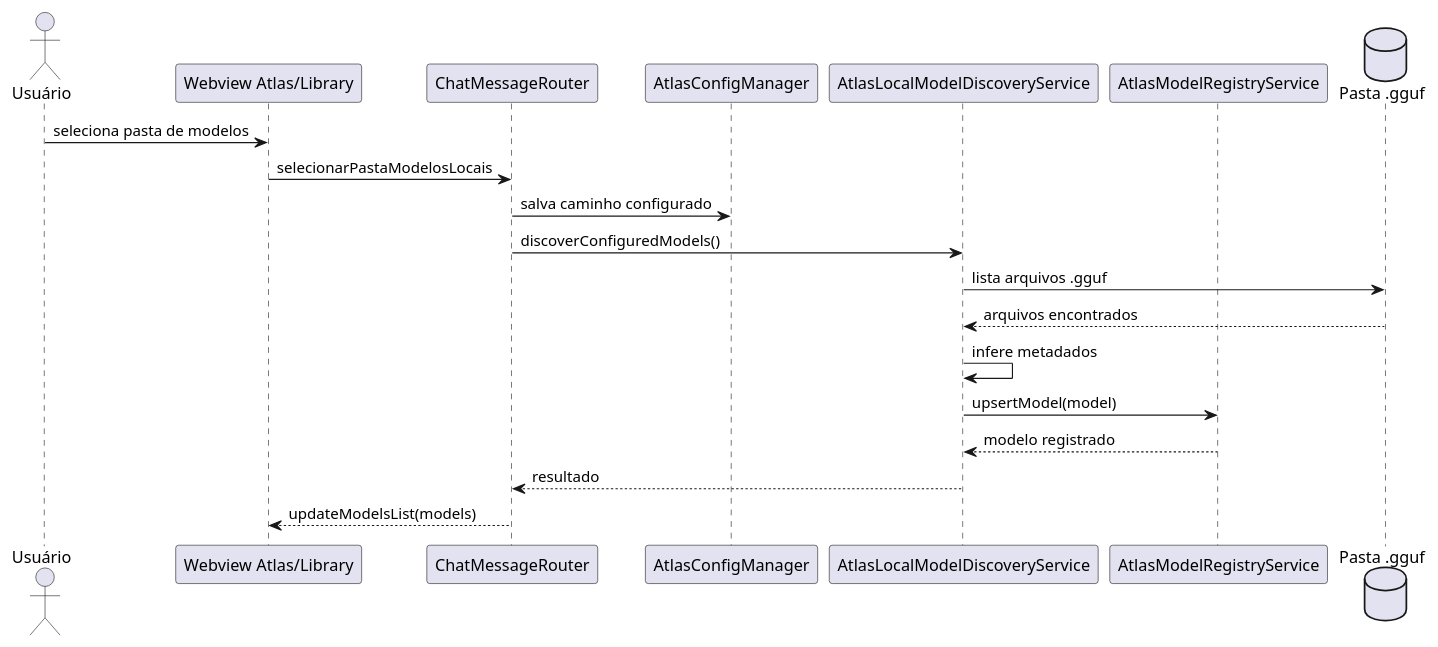
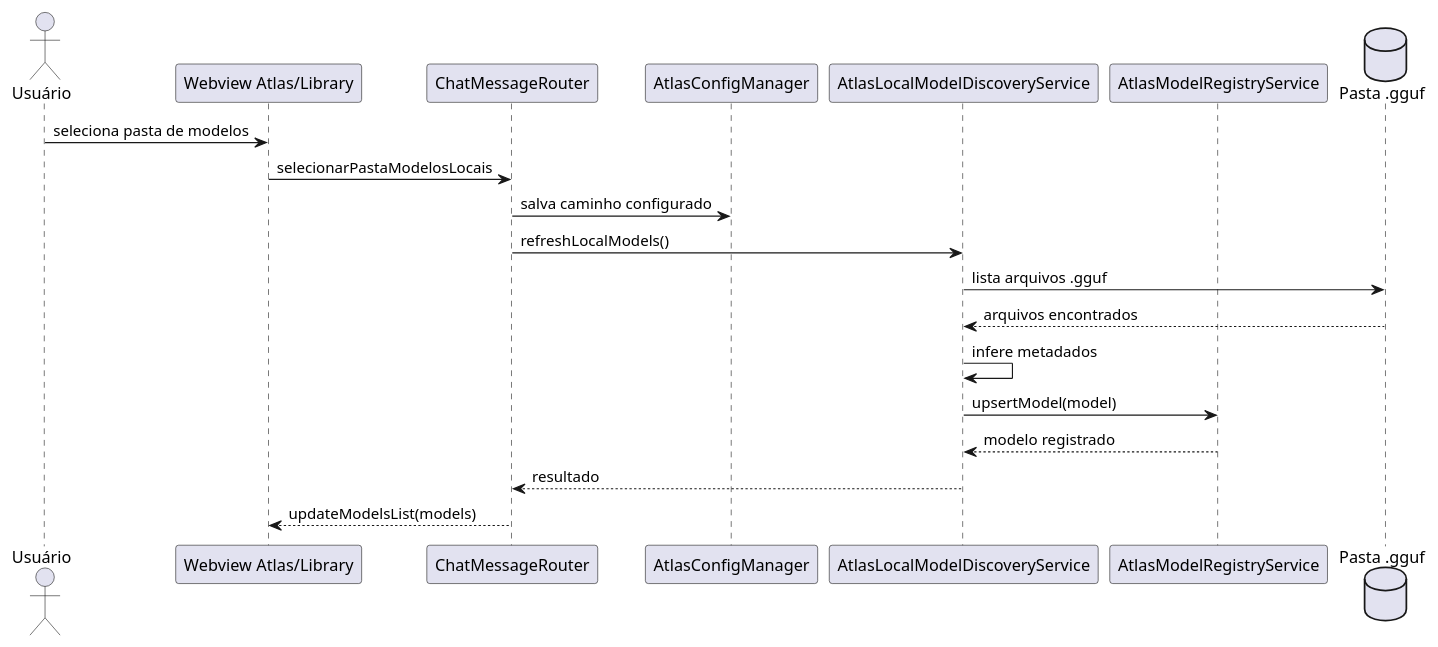
Before and after one commit to JVictorVI/ATLAS: diagram 30 of 38 in docs/plantuml-diagramas-por-caso-de-uso-atlas.md, drawn with PlantUML. The commit also changed other lines of this file and 2 other files, not shown here.

````diff
--- a/docs/plantuml-diagramas-por-caso-de-uso-atlas.md
+++ b/docs/plantuml-diagramas-por-caso-de-uso-atlas.md
@@ -903,24 +945,24 @@
 ```plantuml
 @startuml
 skinparam shadowing false
 actor Usuário
 participant "Webview Atlas/Library" as Webview
 participant ChatMessageRouter as Router
 participant AtlasConfigManager as Config
 participant AtlasLocalModelDiscoveryService as Discovery
 participant AtlasModelRegistryService as Registry
 database "Pasta .gguf" as ModelDir
 
 Usuário -> Webview : seleciona pasta de modelos
 Webview -> Router : selecionarPastaModelosLocais
 Router -> Config : salva caminho configurado
-Router -> Discovery : discoverConfiguredModels()
+Router -> Discovery : refreshLocalModels()
 Discovery -> ModelDir : lista arquivos .gguf
 ModelDir --> Discovery : arquivos encontrados
 Discovery -> Discovery : infere metadados
 Discovery -> Registry : upsertModel(model)
 Registry --> Discovery : modelo registrado
 Discovery --> Router : resultado
 Router --> Webview : updateModelsList(models)
 @enduml
 ```
````
